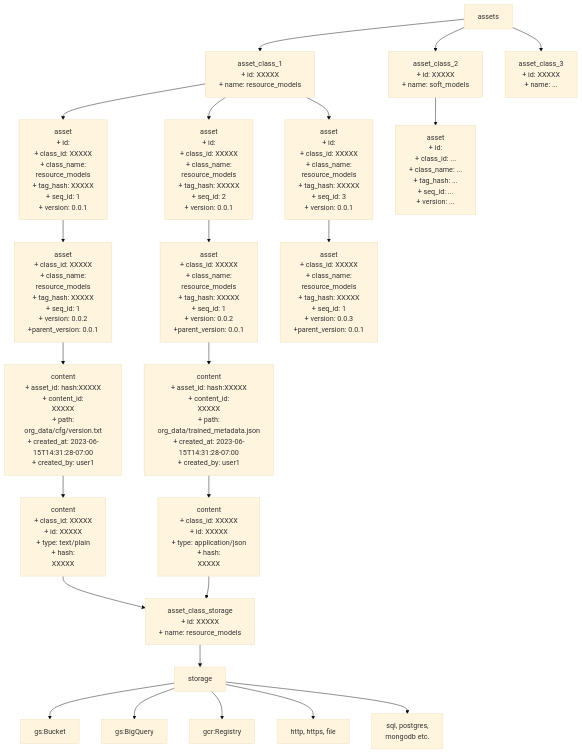
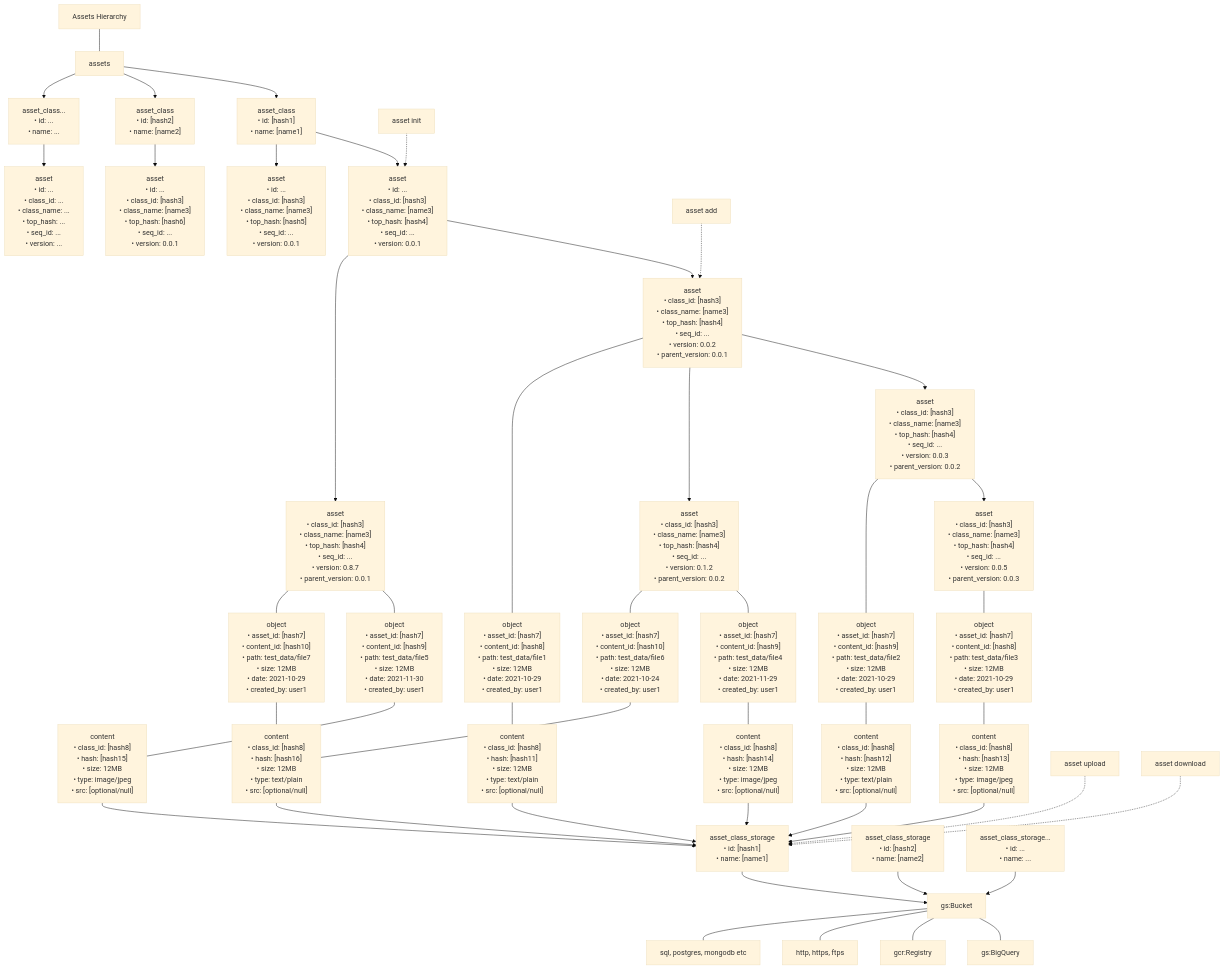
Before and after one commit to Roche-CSI/ama: the diagram in docs/architecture.md, drawn with Mermaid (base theme). The commit also changed other lines of this file and 26 other files, not shown here.

````diff
--- a/docs/architecture.md
+++ b/docs/architecture.md
@@ -5,37 +4,277 @@
 ```mermaid
 graph TD
-    assets[assets] --> asset_class1[asset_class_1<br>+ id: XXXXX<br>+ name: resource_models]
-    assets --> asset_class2[asset_class_2<br>+ id: XXXXX<br>+ name: soft_models]
-    assets --> asset_class3[asset_class_3<br>+ id: XXXXX<br>+ name: ...]
+    title[Assets Hierarchy]
     
-    asset_class1 --> asset1[asset<br>+ id:<br>+ class_id: XXXXX<br>+ class_name:<br>resource_models<br>+ tag_hash: XXXXX<br>+ seq_id: 1<br>+ version: 0.0.1]
-    asset_class1 --> asset2[asset<br>+ id:<br>+ class_id: XXXXX<br>+ class_name:<br>resource_models<br>+ tag_hash: XXXXX<br>+ seq_id: 2<br>+ version: 0.0.1]
-    asset_class1 --> asset3[asset<br>+ id:<br>+ class_id: XXXXX<br>+ class_name:<br>resource_models<br>+ tag_hash: XXXXX<br>+ seq_id: 3<br>+ version: 0.0.1]
+    %% Top level
+    assets[assets]
     
-    asset_class2 --> asset4[asset<br>+ id:<br>+ class_id: ...<br>+ class_name: ...<br>+ tag_hash: ...<br>+ seq_id: ...<br>+ version: ...]
+    %% Asset Classes
+    ac1["asset_class
+    • id: [hash1]
+    • name: [name1]"]
     
-    asset1 --> asset_v1[asset<br>+ class_id: XXXXX<br>+ class_name:<br>resource_models<br>+ tag_hash: XXXXX<br>+ seq_id: 1<br>+ version: 0.0.2<br>+parent_version: 0.0.1]
+    ac2["asset_class
+    • id: [hash2]
+    • name: [name2]"]
     
-    asset2 --> asset_v2[asset<br>+ class_id: XXXXX<br>+ class_name:<br>resource_models<br>+ tag_hash: XXXXX<br>+ seq_id: 1<br>+ version: 0.0.2<br>+parent_version: 0.0.1]
+    ac3["asset_class...
+    • id: ...
+    • name: ..."]
     
-    asset3 --> asset_v3[asset<br>+ class_id: XXXXX<br>+ class_name:<br>resource_models<br>+ tag_hash: XXXXX<br>+ seq_id: 1<br>+ version: 0.0.3<br>+parent_version: 0.0.1]
+    %% Assets level 1
+    a1["asset
+    • id: ...
+    • class_id: [hash3]
+    • class_name: [name3]
+    • top_hash: [hash4]
+    • seq_id: ...
+    • version: 0.0.1"]
     
-    asset_v1 --> content1[content<br>+ asset_id: hash:XXXXX<br>+ content_id:<br>XXXXX<br>+ path:<br>org_data/cfg/version.txt<br>+ created_at: 2023-06-15T14:31:28-07:00<br>+ created_by: user1]
+    a2["asset
+    • id: ...
+    • class_id: [hash3]
+    • class_name: [name3]
+    • top_hash: [hash5]
+    • seq_id: ...
+    • version: 0.0.1"]
     
-    asset_v2 --> content2[content<br>+ asset_id: hash:XXXXX<br>+ content_id:<br>XXXXX<br>+ path:<br>org_data/trained_metadata.json<br>+ created_at: 2023-06-15T14:31:28-07:00<br>+ created_by: user1]
+    a3["asset
+    • id: ...
+    • class_id: [hash3]
+    • class_name: [name3]
+    • top_hash: [hash6]
+    • seq_id: ...
+    • version: 0.0.1"]
     
-    content1 --> content_details1[content<br>+ class_id: XXXXX<br>+ id: XXXXX<br>+ type: text/plain<br>+ hash:<br>XXXXX]
+    a4["asset
+    • id: ...
+    • class_id: ...
+    • class_name: ...
+    • top_hash: ...
+    • seq_id: ...
+    • version: ..."]
     
-    content2 --> content_details2[content<br>+ class_id: XXXXX<br>+ id: XXXXX<br>+ type: application/json<br>+ hash:<br>XXXXX]
+    %% Assets level 2
+    a5["asset
+    • class_id: [hash3]
+    • class_name: [name3]
+    • top_hash: [hash4]
+    • seq_id: ...
+    • version: 0.0.2
+    • parent_version: 0.0.1"]
     
-    content_details1 --> storage[asset_class_storage<br>+ id: XXXXX<br>+ name: resource_models]
-    content_details2 --> storage
+    a6["asset
+    • class_id: [hash3]
+    • class_name: [name3]
+    • top_hash: [hash4]
+    • seq_id: ...
+    • version: 0.0.3
+    • parent_version: 0.0.2"]
     
-    storage --> storage_options[storage]
+    a7["asset
+    • class_id: [hash3]
+    • class_name: [name3]
+    • top_hash: [hash4]
+    • seq_id: ...
+    • version: 0.0.5
+    • parent_version: 0.0.3"]
     
-    storage_options --> bucket[gs:Bucket]
-    storage_options --> bigquery[gs:BigQuery]
-    storage_options --> registry[gcr:Registry]
-    storage_options --> files[http, https, file]
-    storage_options --> db[sql, postgres,<br>mongodb etc.]
+    a8["asset
+    • class_id: [hash3]
+    • class_name: [name3]
+    • top_hash: [hash4]
+    • seq_id: ...
+    • version: 0.1.2
+    • parent_version: 0.0.2"]
+    
+    a9["asset
+    • class_id: [hash3]
+    • class_name: [name3]
+    • top_hash: [hash4]
+    • seq_id: ...
+    • version: 0.8.7
+    • parent_version: 0.0.1"]
+    
+    %% Objects
+    o1["object
+    • asset_id: [hash7]
+    • content_id: [hash8]
+    • path: test_data/file1
+    • size: 12MB
+    • date: 2021-10-29
+    • created_by: user1"]
+    
+    o2["object
+    • asset_id: [hash7]
+    • content_id: [hash9]
+    • path: test_data/file2
+    • size: 12MB
+    • date: 2021-10-29
+    • created_by: user1"]
+    
+    o3["object
+    • asset_id: [hash7]
+    • content_id: [hash8]
+    • path: test_data/file3
+    • size: 12MB
+    • date: 2021-10-29
+    • created_by: user1"]
+    
+    o4["object
+    • asset_id: [hash7]
+    • content_id: [hash9]
+    • path: test_data/file4
+    • size: 12MB
+    • date: 2021-11-29
+    • created_by: user1"]
+    
+    o5["object
+    • asset_id: [hash7]
+    • content_id: [hash9]
+    • path: test_data/file5
+    • size: 12MB
+    • date: 2021-11-30
+    • created_by: user1"]
+    
+    o6["object
+    • asset_id: [hash7]
+    • content_id: [hash10]
+    • path: test_data/file6
+    • size: 12MB
+    • date: 2021-10-24
+    • created_by: user1"]
+    
+    o7["object
+    • asset_id: [hash7]
+    • content_id: [hash10]
+    • path: test_data/file7
+    • size: 12MB
+    • date: 2021-10-29
+    • created_by: user1"]
+    
+    %% Contents
+    c1["content
+    • class_id: [hash8]
+    • hash: [hash11]
+    • size: 12MB
+    • type: text/plain
+    • src: [optional/null]"]
+    
+    c2["content
+    • class_id: [hash8]
+    • hash: [hash12]
+    • size: 12MB
+    • type: text/plain
+    • src: [optional/null]"]
+    
+    c3["content
+    • class_id: [hash8]
+    • hash: [hash13]
+    • size: 12MB
+    • type: image/jpeg
+    • src: [optional/null]"]
+    
+    c4["content
+    • class_id: [hash8]
+    • hash: [hash14]
+    • size: 12MB
+    • type: image/jpeg
+    • src: [optional/null]"]
+    
+    c5["content
+    • class_id: [hash8]
+    • hash: [hash15]
+    • size: 12MB
+    • type: image/jpeg
+    • src: [optional/null]"]
+    
+    c6["content
+    • class_id: [hash8]
+    • hash: [hash16]
+    • size: 12MB
+    • type: text/plain
+    • src: [optional/null]"]
+    
+    %% Asset class storage
+    acs1["asset_class_storage
+    • id: [hash1]
+    • name: [name1]"]
+    
+    acs2["asset_class_storage
+    • id: [hash2]
+    • name: [name2]"]
+    
+    acs3["asset_class_storage...
+    • id: ...
+    • name: ..."]
+    
+    %% Bottom level services
+    gs[gs:Bucket]
+    bq[gs:BigQuery]
+    gcr[gcr:Registry]
+    http["http, https, ftps"]
+    sql["sql, postgres, mongodb etc"]
+    
+    %% Process labels
+    process1["asset init <class_name>"]
+    process2["asset add <file | dir>"]
+    process3["asset upload"]
+    process4["asset download"]
+    
+    %% Connections
+    title --- assets
+    
+    assets --> ac1
+    assets --> ac2
+    assets --> ac3
+    
+    ac1 --> a1
+    ac1 --> a2
+    ac2 --> a3
+    ac3 --> a4
+    
+    process1 -.-> a1
+    
+    a1 --> a5
+    a5 --> a6
+    a6 --> a7
+    a5 --> a8
+    a1 --> a9
+    
+    process2 -.-> a5
+    
+    a5 --- o1
+    a6 --- o2
+    a7 --- o3
+    a8 --- o4
+    a9 --- o5
+    a8 --- o6
+    a9 --- o7
+    
+    o1 --- c1
+    o2 --- c2
+    o3 --- c3
+    o4 --- c4
+    o5 --- c5
+    o6 --- c6
+    o7 --- c6
+    
+    c1 --> acs1
+    c2 --> acs1
+    c3 --> acs1
+    c4 --> acs1
+    c5 --> acs1
+    c6 --> acs1
+    
+    process3 -.-> acs1
+    process4 -.-> acs1
+    
+    acs1 --> gs
+    acs2 --> gs
+    acs3 --> gs
+    
+    gs --- bq
+    gs --- gcr
+    gs --- http
+    gs --- sql
 ```
````
